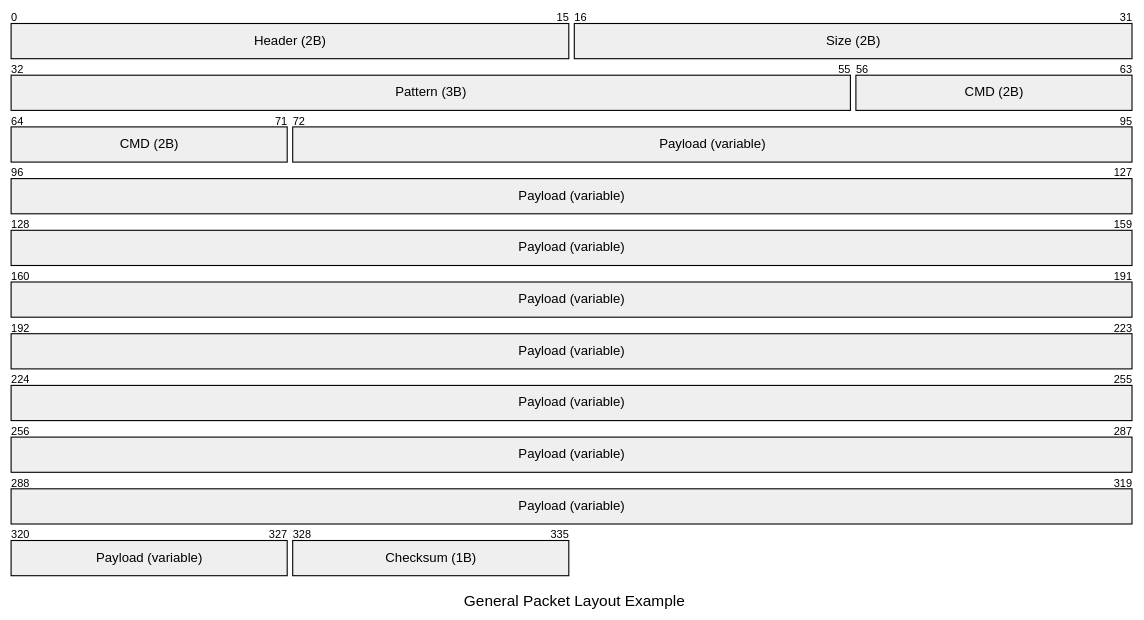
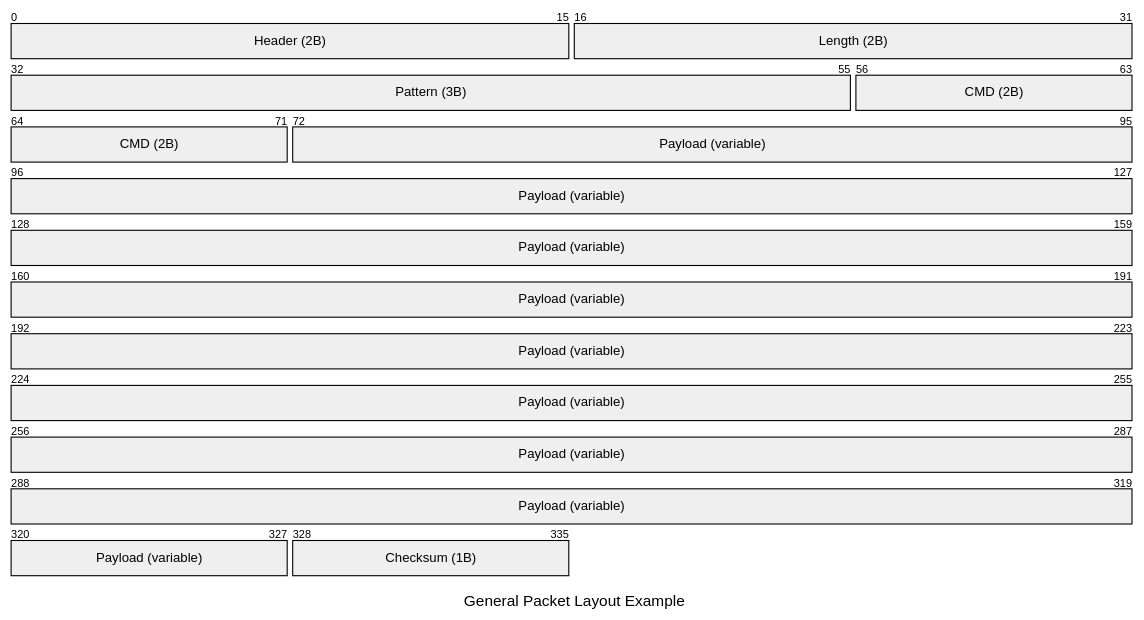
One commit to flip-dots/SolixBLE changed the first of 15 diagrams in docs/source/protocols.rst. Above: the diagram before and after it, drawn with Mermaid. The commit also changed other lines of this file, not shown here.

```diff
--- a/docs/source/protocols.rst
+++ b/docs/source/protocols.rst
@@ -59,10 +62,10 @@
 .. mermaid::
 
   packet-beta
   title General Packet Layout Example
   0-15: "Header (2B)"
-  16-31: "Size (2B)"
+  16-31: "Length (2B)"
   32-55: "Pattern (3B)"
   56-71: "CMD (2B)"
   72-327: "Payload (variable)"
   328-335: "Checksum (1B)"
```
